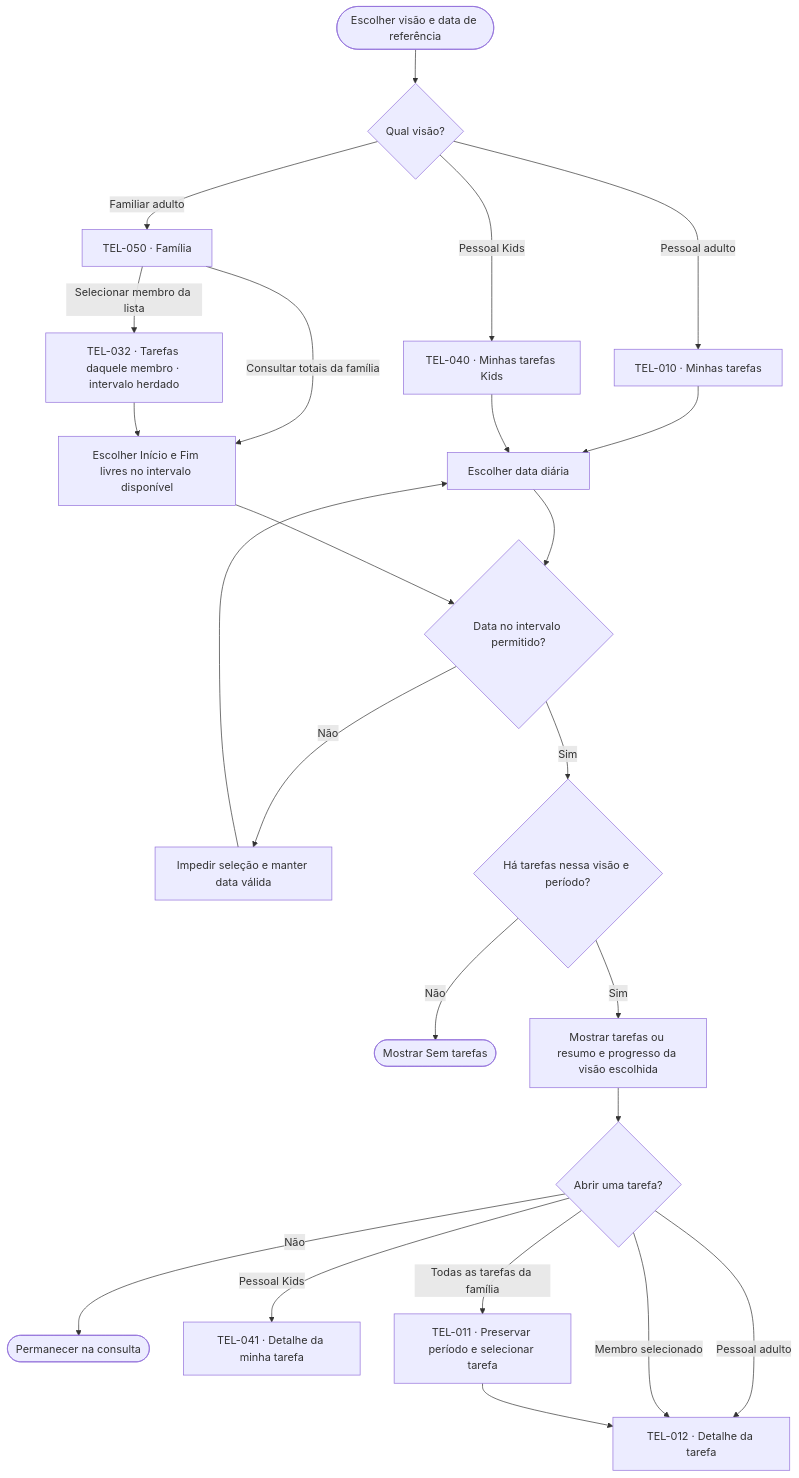
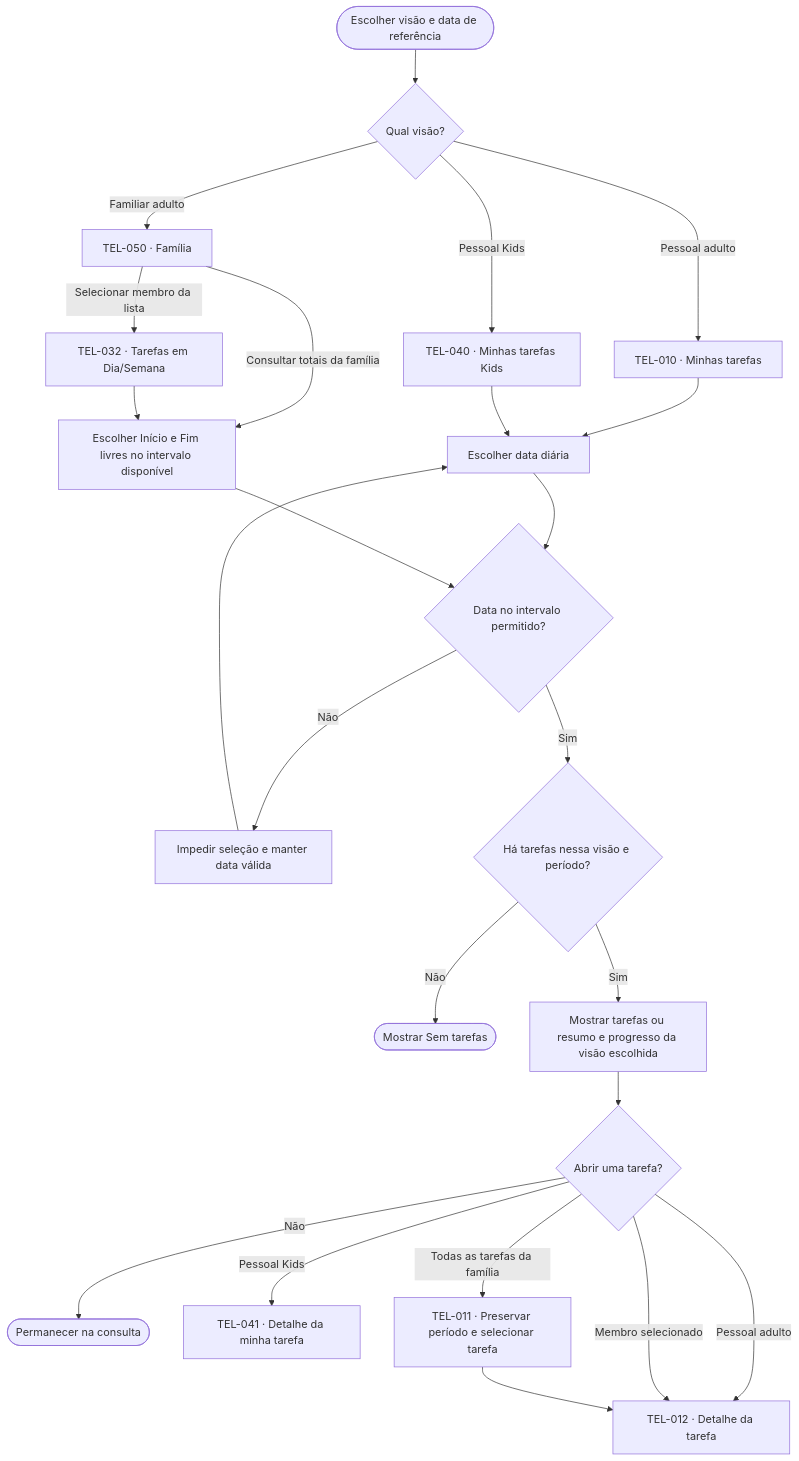
One commit to lizandramalta/App-Rotina-Familiar changed the fourth of 16 diagrams in docs/design/user-flows.md. Above: the diagram before and after it, drawn with Mermaid. The commit also changed other lines of this file and 80 other files, not shown here.

Commit message:
feat(family): align family screens and recognition flows

````diff
--- a/docs/design/user-flows.md
+++ b/docs/design/user-flows.md
@@ -178,26 +178,26 @@
 ```mermaid
 flowchart TD
     A(["Escolher visão e data de referência"]) --> B{"Qual visão?"}
     B -->|Pessoal adulto| C["TEL-010 · Minhas tarefas"]
     B -->|Pessoal Kids| D["TEL-040 · Minhas tarefas Kids"]
     B -->|Familiar adulto| E["TEL-050 · Família"]
     C --> F["Escolher data diária"]
     D --> F
     E -->|Consultar totais da família| FF["Escolher Início e Fim livres no intervalo disponível"]
-    E -->|Selecionar membro da lista| PM["TEL-032 · Tarefas daquele membro · intervalo herdado"]
+    E -->|Selecionar membro da lista| PM["TEL-032 · Tarefas em Dia/Semana"]
     PM --> FF
     F --> G{"Data no intervalo permitido?"}
     FF --> G
     G -->|Não| H["Impedir seleção e manter data válida"]
     H --> F
     G -->|Sim| I{"Há tarefas nessa visão e período?"}
     I -->|Não| J(["Mostrar Sem tarefas"])
     I -->|Sim| K["Mostrar tarefas ou resumo e progresso da visão escolhida"]
     K --> L{"Abrir uma tarefa?"}
     L -->|Não| M(["Permanecer na consulta"])
     L -->|Pessoal adulto| N["TEL-012 · Detalhe da tarefa"]
     L -->|Pessoal Kids| O["TEL-041 · Detalhe da minha tarefa"]
     L -->|Membro selecionado| N
     L -->|Todas as tarefas da família| P["TEL-011 · Preservar período e selecionar tarefa"]
     P --> N
 ```
````
